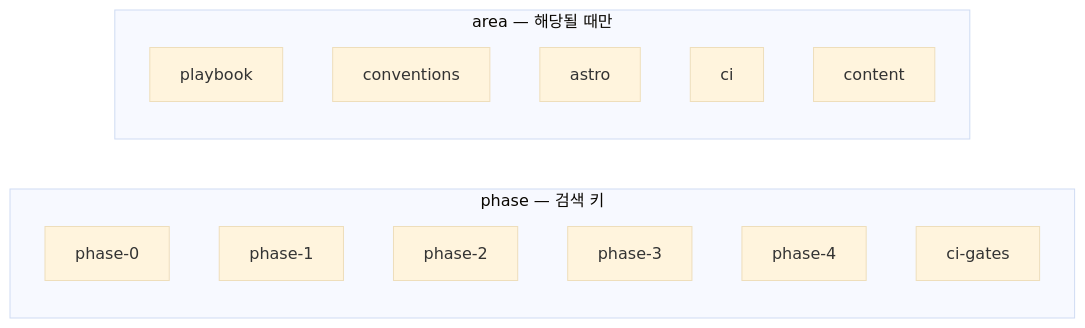
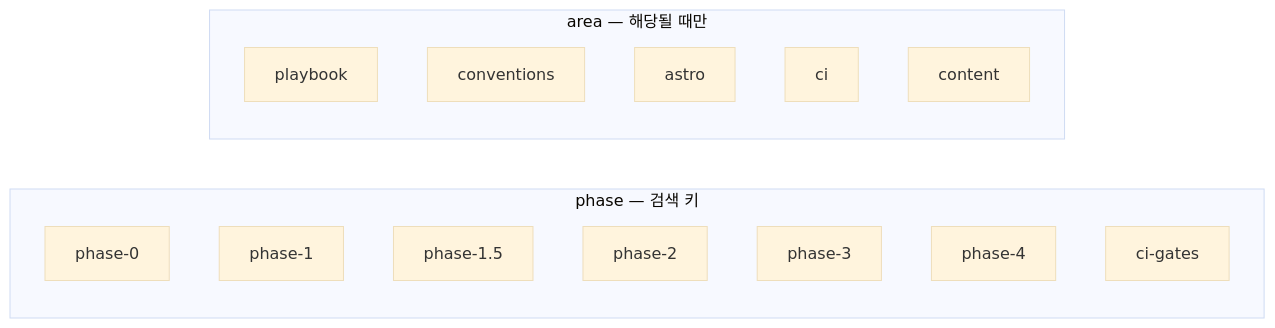
The fourth of 4 diagrams in docs/conventions/prs.md (gitgitWi/gitgitWi.github.io), drawn with Mermaid (base theme) before and after one commit. The commit also changed other lines of this file and 4 other files, not shown here.

````diff
--- a/docs/conventions/prs.md
+++ b/docs/conventions/prs.md
@@ -179,18 +179,19 @@
 ```mermaid
 flowchart LR
   subgraph PHASE["phase — 검색 키"]
     P0["phase-0"]
     P1["phase-1"]
+    P15["phase-1.5"]
     P2["phase-2"]
     P3["phase-3"]
     P4["phase-4"]
     CI["ci-gates"]
   end
   subgraph AREA["area — 해당될 때만"]
     PB["playbook"]
     CV["conventions"]
     AS["astro"]
     G["ci"]
     CT["content"]
   end
 ```
````
